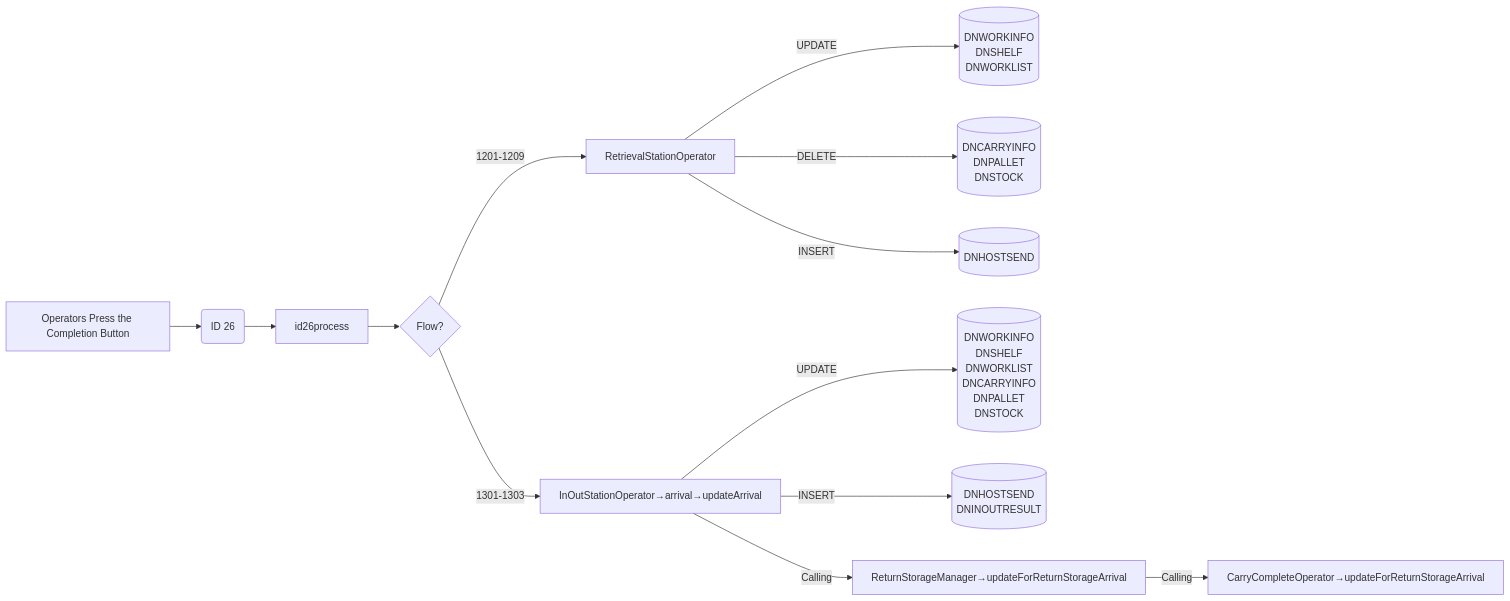
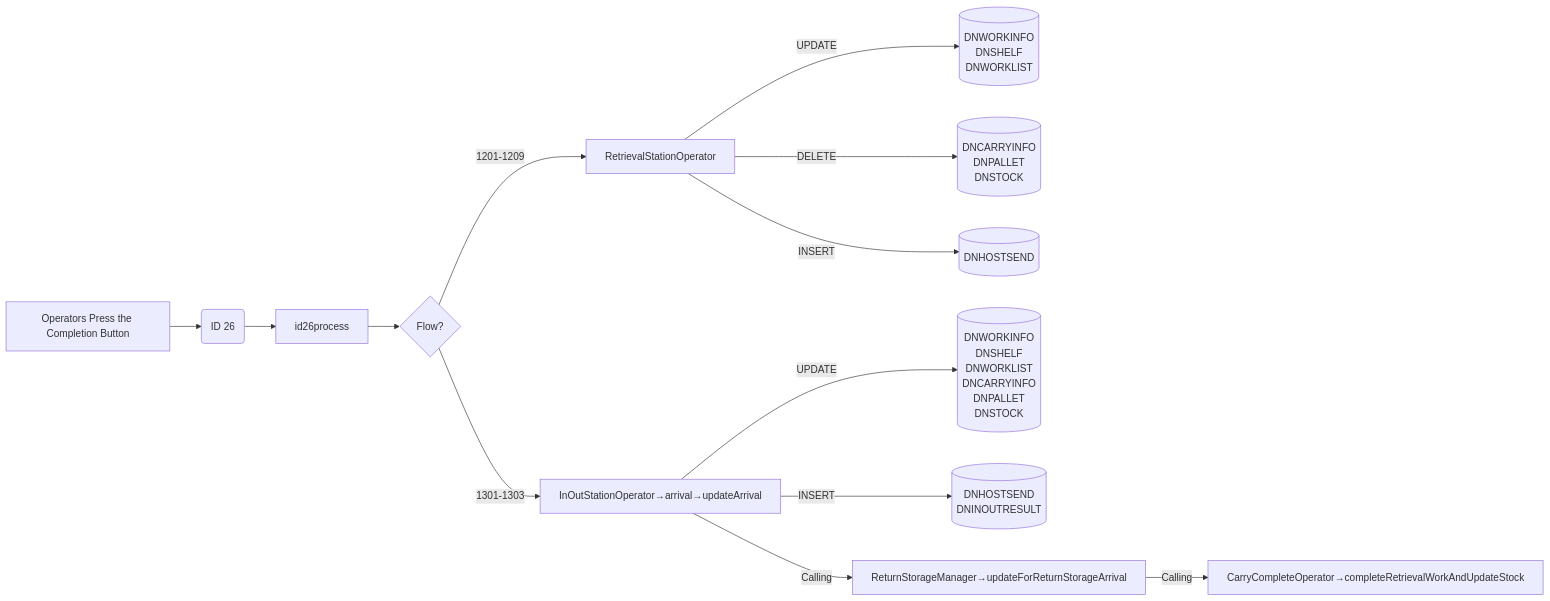
Before and after one commit to luthfiadityaa/SimeDarby-Wiki: diagram 19 of 19 in Basic-Design/DFD-WMS/Retrieval/Specific-Location-Retrieval-Setting.md, drawn with Mermaid.

Commit message:
Updated Specific Location Retrieval Setting

```diff
--- a/Basic-Design/DFD-WMS/Retrieval/Specific-Location-Retrieval-Setting.md
+++ b/Basic-Design/DFD-WMS/Retrieval/Specific-Location-Retrieval-Setting.md
@@ -836,60 +836,60 @@
 ::: mermaid
 flowchart LR
 
 buttonclicked["
 Operators Press the Completion Button
 "]
 
 id26msg("
 ID 26
 ")
 
 
 id26-updateRt[("
 DNWORKINFO
 DNSHELF
 DNWORKLIST
 ")]
 
 id26-deleteRt[("
 DNCARRYINFO
 DNPALLET
 DNSTOCK
 ")]
 
 id26-insertRt[("
 DNHOSTSEND
 ")]
 
 id26-updateIo[("
 DNWORKINFO
 DNSHELF
 DNWORKLIST
 DNCARRYINFO
 DNPALLET
 DNSTOCK
 ")]
 
 id26-insertIo[("
 DNHOSTSEND
 DNINOUTRESULT
 ")]
 
 id26process[id26process]
 
 buttonclicked --> id26msg
 id26msg -->id26process-->Cond1{Flow?}
 
 RetrievalStationOperator--> |INSERT| id26-insertRt 
 RetrievalStationOperator--> |UPDATE| id26-updateRt 
 RetrievalStationOperator--> |DELETE| id26-deleteRt 
 
 Cond1{Flow?} --> |1201-1209| RetrievalStationOperator
 Cond1{Flow?} --> |1301-1303| P2[InOutStationOperator→arrival→updateArrival]
 
 P2 --> |Calling| P3[ReturnStorageManager→updateForReturnStorageArrival]
-P3 --> |Calling| P4[CarryCompleteOperator→updateForReturnStorageArrival]
+P3 --> |Calling| P4[CarryCompleteOperator→completeRetrievalWorkAndUpdateStock]
 P2 --> |INSERT| id26-insertIo
 P2 --> |UPDATE| id26-updateIo
 
 :::
```
